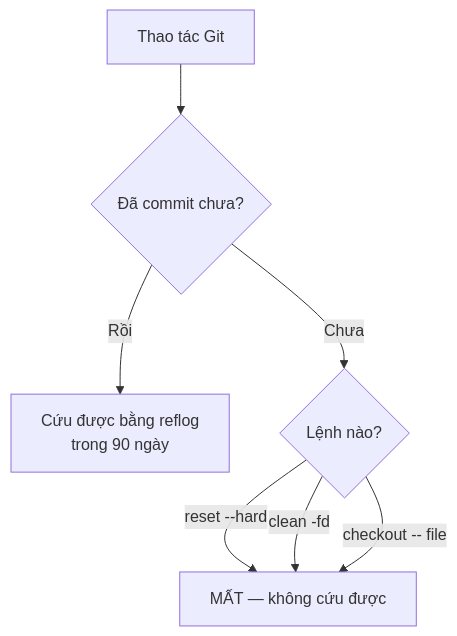
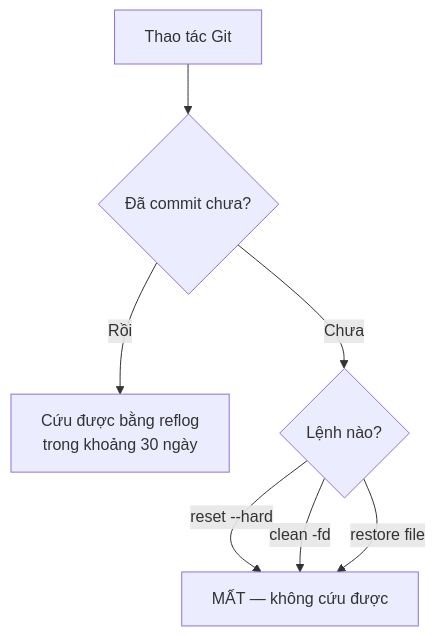
One commit to TienNHM/dotnet-course changed the diagram in lessons/stage-01-foundation/module-03-git-developer-workflow/3.3-git-safety-checklist.md. Above: the diagram before and after it, drawn with Mermaid. The commit also changed other lines of this file and 44 other files, not shown here.

````diff
--- a/lessons/stage-01-foundation/module-03-git-developer-workflow/3.3-git-safety-checklist.md
+++ b/lessons/stage-01-foundation/module-03-git-developer-workflow/3.3-git-safety-checklist.md
@@ -42,9 +63,9 @@
 ```mermaid
 flowchart TD
     A[Thao tác Git] --> B{Đã commit chưa?}
-    B -->|Rồi| C[Cứu được bằng reflog<br/>trong 90 ngày]
+    B -->|Rồi| C[Cứu được bằng reflog<br/>trong khoảng 30 ngày]
     B -->|Chưa| D{Lệnh nào?}
     D -->|reset --hard| E[MẤT — không cứu được]
     D -->|clean -fd| E
-    D -->|checkout -- file| E
+    D -->|restore file| E
 ```
````
